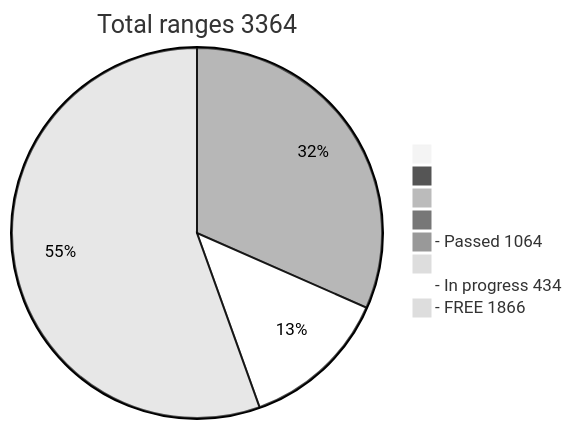
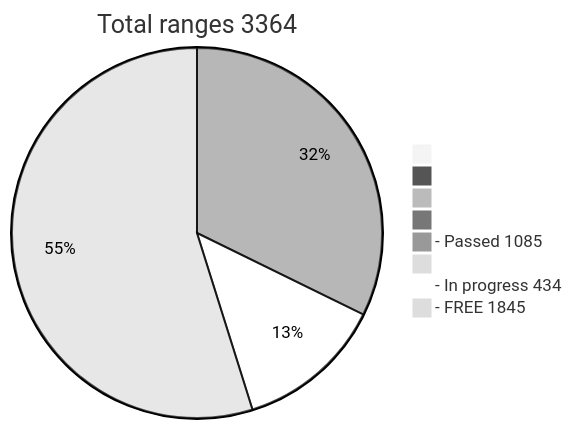
One commit to phrutis/wif500 changed the diagram in README.md. Above: the diagram before and after it, drawn with Mermaid (neutral theme).

````diff
--- a/README.md
+++ b/README.md
@@ -16,12 +16,12 @@
 ```mermaid
 pie title Total ranges 3364
              " " : 0
             "  " : 0
            "   " : 0
           "    " : 0
-  "- Passed 1064" : 1063
+  "- Passed 1085" : 1085
          "     " : 0
   "- In progress 434" : 434
-   "- FREE 1866" : 1866
+   "- FREE 1845" : 1845
    
 ```
````
